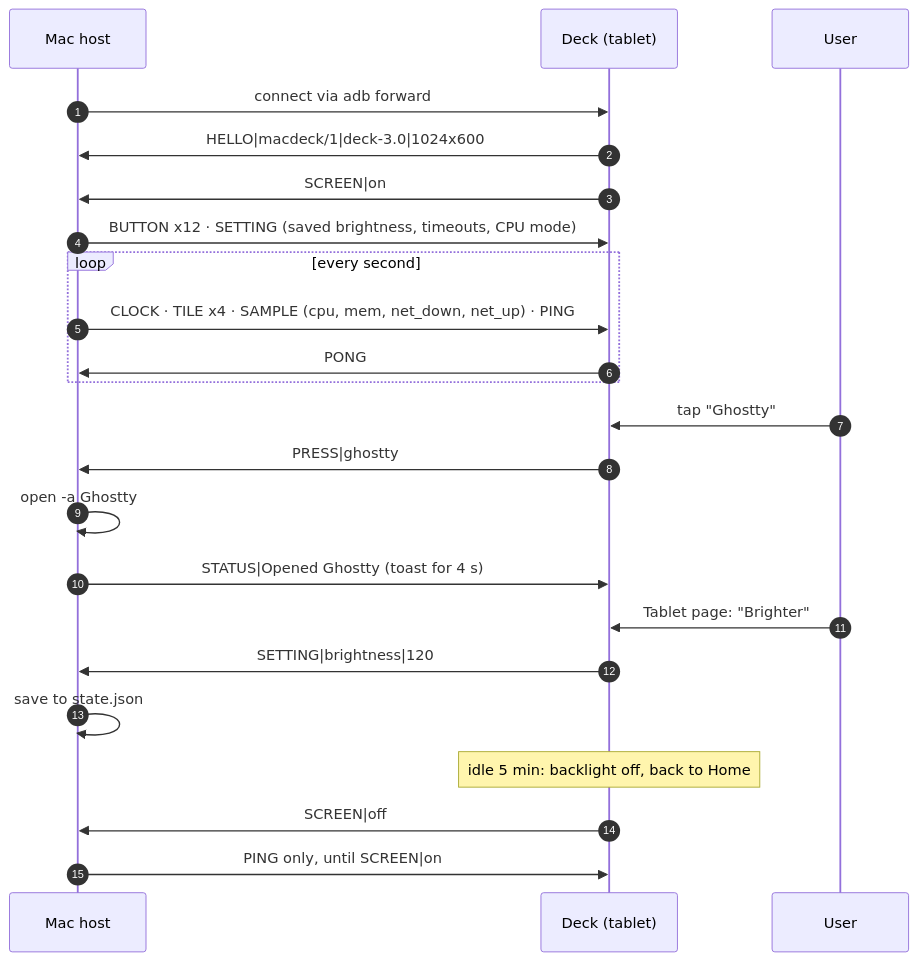
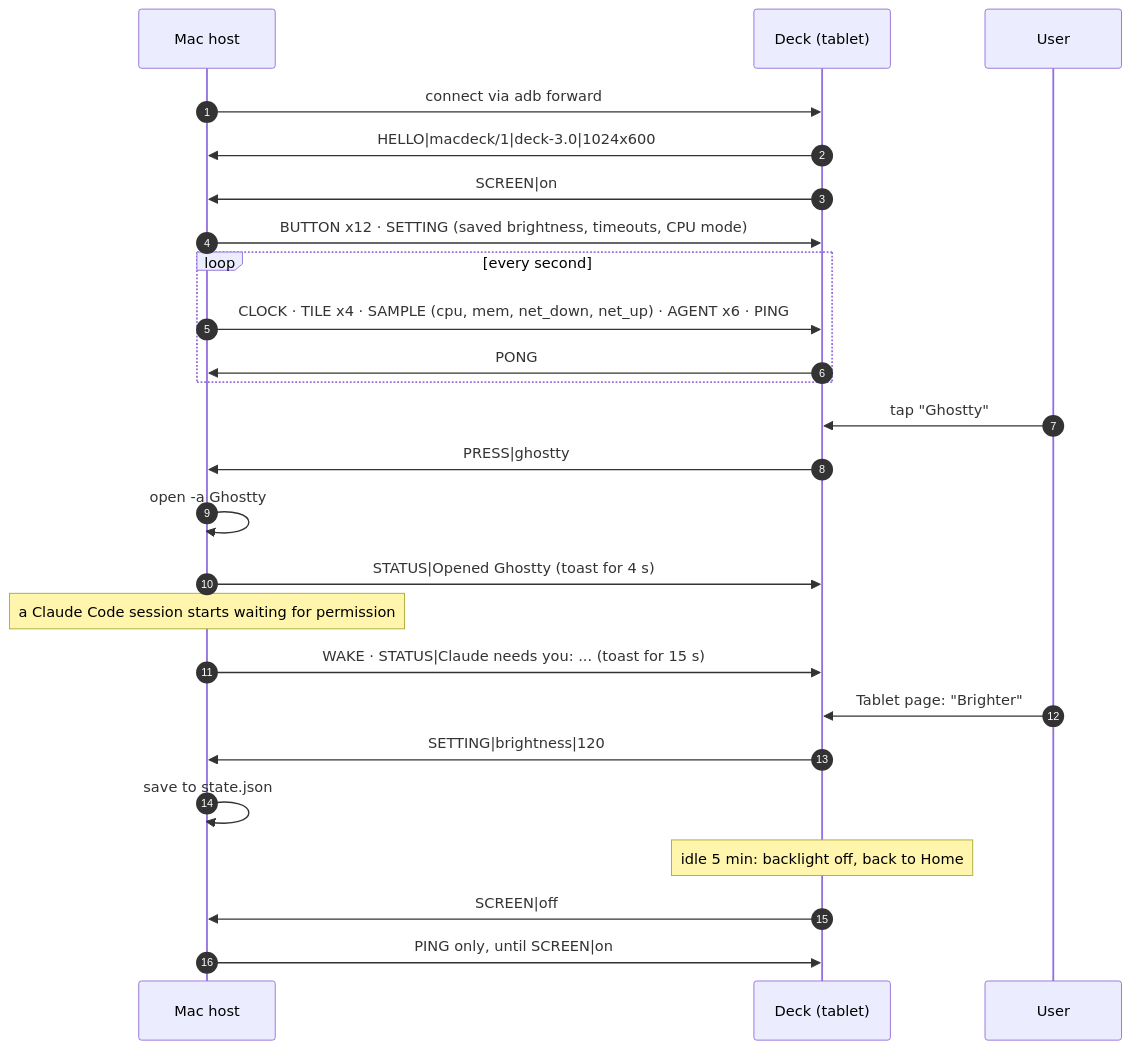
The third of 6 diagrams in README.md (KhaledSaeed18/macdeck), drawn with Mermaid before and after one commit. The commit also changed other lines of this file, not shown here.

Commit message:
docs(readme): document the Agents page and how agent status is read

````diff
--- a/README.md
+++ b/README.md
@@ -89,26 +91,28 @@
 ```mermaid
 sequenceDiagram
     autonumber
     participant H as Mac host
     participant D as Deck (tablet)
     participant U as User
 
     H->>D: connect via adb forward
     D->>H: HELLO|macdeck/1|deck-3.0|1024x600
     D->>H: SCREEN|on
     H->>D: BUTTON x12 · SETTING (saved brightness, timeouts, CPU mode)
     loop every second
-        H->>D: CLOCK · TILE x4 · SAMPLE (cpu, mem, net_down, net_up) · PING
+        H->>D: CLOCK · TILE x4 · SAMPLE (cpu, mem, net_down, net_up) · AGENT x6 · PING
         D->>H: PONG
     end
     U->>D: tap "Ghostty"
     D->>H: PRESS|ghostty
     H->>H: open -a Ghostty
     H->>D: STATUS|Opened Ghostty (toast for 4 s)
+    Note over H: a Claude Code session starts waiting for permission
+    H->>D: WAKE · STATUS|Claude needs you: ... (toast for 15 s)
     U->>D: Tablet page: "Brighter"
     D->>H: SETTING|brightness|120
     H->>H: save to state.json
     Note over D: idle 5 min: backlight off, back to Home
     D->>H: SCREEN|off
     H->>D: PING only, until SCREEN|on
 ```
````
